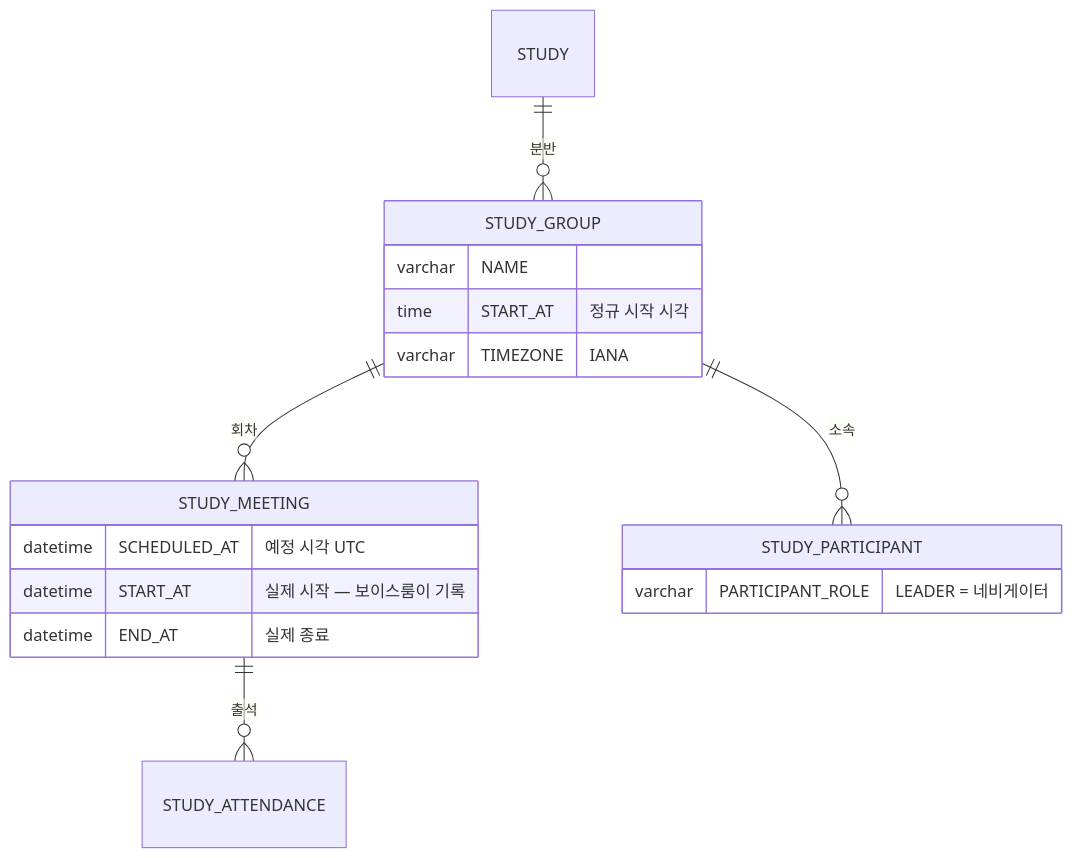
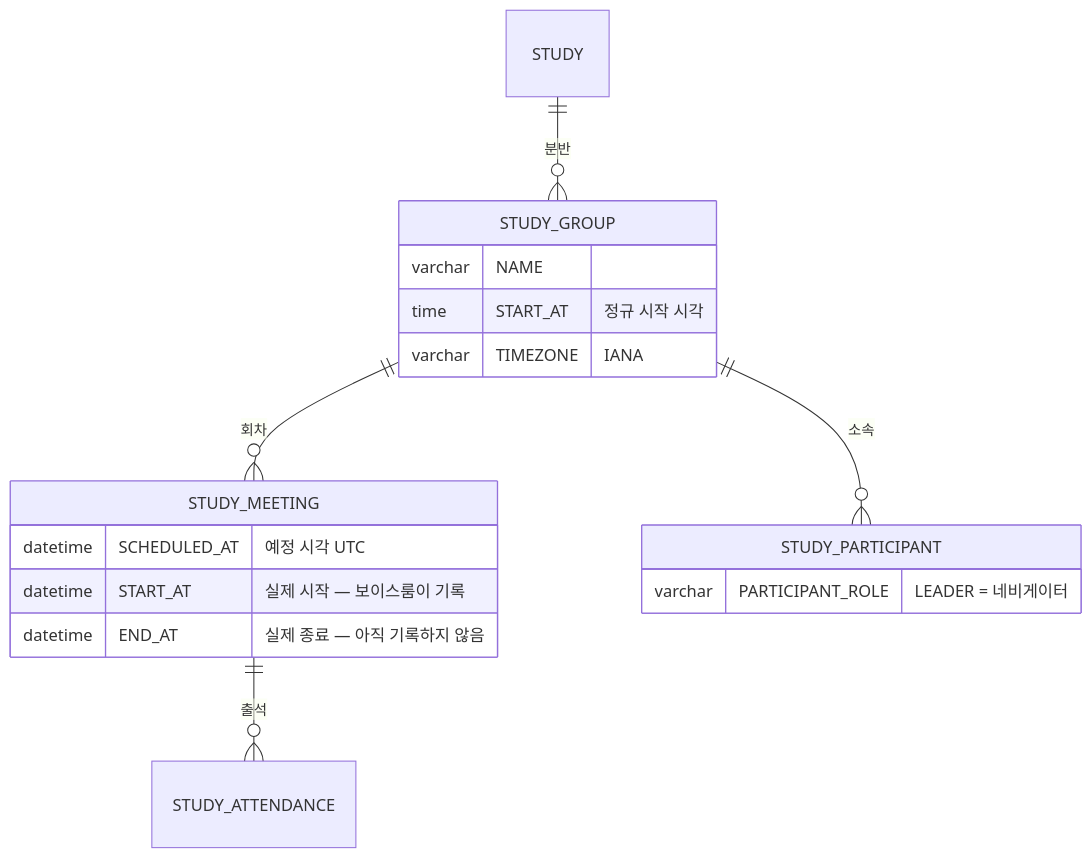
One commit to StudyClub-PlusPlus/studyclub-engineering changed the second of 2 diagrams in planning/stories/navigator-register-sessions/PRD.md. Above: the diagram before and after it, drawn with Mermaid. The commit also changed other lines of this file and 6 other files, not shown here.

````diff
--- a/planning/stories/navigator-register-sessions/PRD.md
+++ b/planning/stories/navigator-register-sessions/PRD.md
@@ -192,20 +205,20 @@
 ```mermaid
 erDiagram
   STUDY ||--o{ STUDY_GROUP : "분반"
   STUDY_GROUP ||--o{ STUDY_MEETING : "회차"
   STUDY_GROUP ||--o{ STUDY_PARTICIPANT : "소속"
   STUDY_MEETING ||--o{ STUDY_ATTENDANCE : "출석"
   STUDY_GROUP {
     varchar NAME
     time START_AT "정규 시작 시각"
     varchar TIMEZONE "IANA"
   }
   STUDY_MEETING {
     datetime SCHEDULED_AT "예정 시각 UTC"
     datetime START_AT "실제 시작 — 보이스룸이 기록"
-    datetime END_AT "실제 종료"
+    datetime END_AT "실제 종료 — 아직 기록하지 않음"
   }
   STUDY_PARTICIPANT {
     varchar PARTICIPANT_ROLE "LEADER = 네비게이터"
   }
 ```
````
